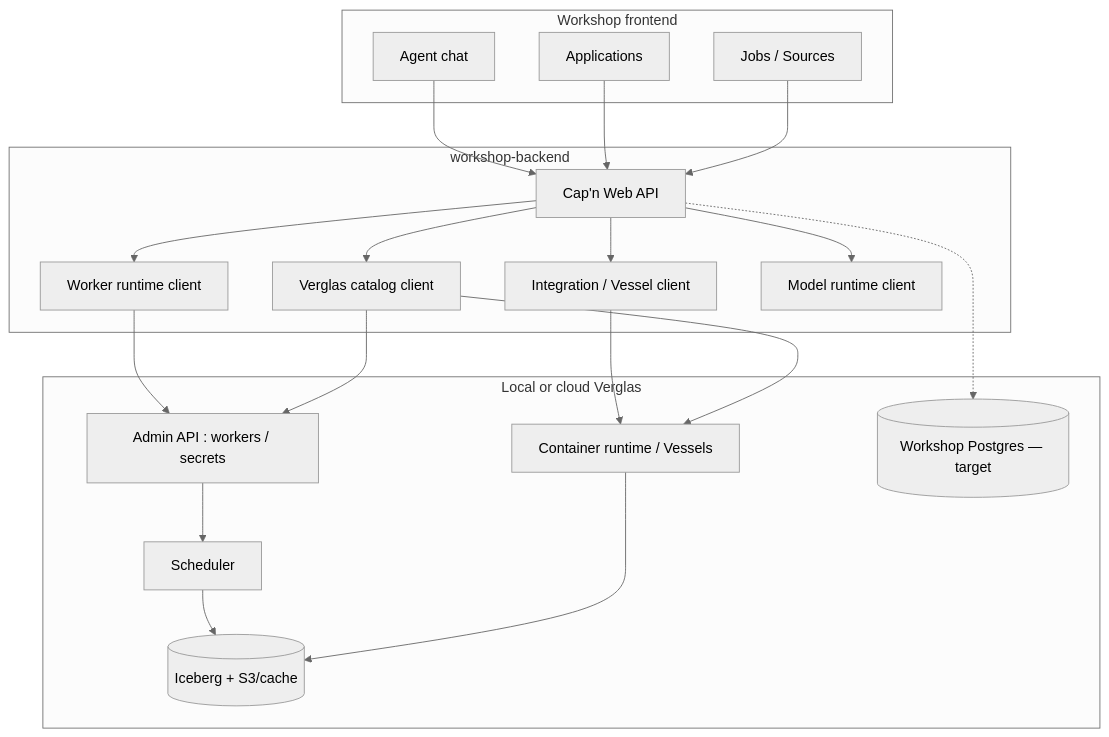
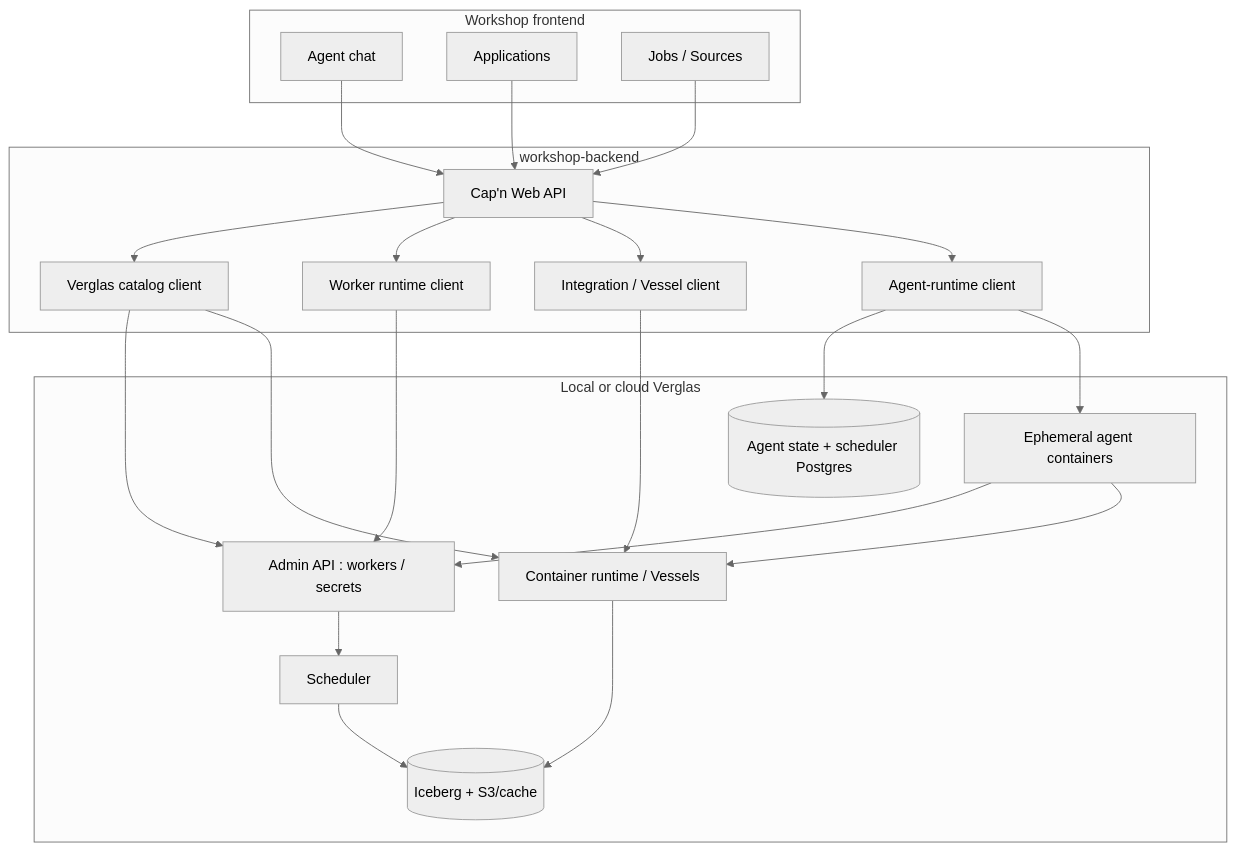
The diagram in apps/os/docs/architecture.md (verglas-org/verglas), drawn with Mermaid (neutral theme) before and after one commit. The commit also changed other lines of this file and 36 other files, not shown here.

````diff
--- a/apps/os/docs/architecture.md
+++ b/apps/os/docs/architecture.md
@@ -55,40 +56,44 @@
 ```mermaid
 flowchart TB
     subgraph UI["Workshop frontend"]
         Chat[Agent chat]
         Apps[Applications]
         Jobs[Jobs / Sources]
     end
 
     subgraph Gateway["workshop-backend"]
         RPC[Cap'n Web API]
         Catalog[Verglas catalog client]
         WorkerReg[Worker runtime client]
         Vessel[Integration / Vessel client]
-        Model[Model runtime client]
+        Agent[Agent-runtime client]
     end
 
     subgraph Verglas["Local or cloud Verglas"]
         Admin[Admin API : workers / secrets]
         Sched[Scheduler]
         Cont[Container runtime / Vessels]
         Lake[(Iceberg + S3/cache)]
-        PG[(Workshop Postgres — target)]
+        PG[(Agent state + scheduler Postgres)]
+        AgentRuns[Ephemeral agent containers]
     end
 
     Chat --> RPC
     Apps --> RPC
     Jobs --> RPC
     RPC --> Catalog
     RPC --> WorkerReg
     RPC --> Vessel
-    RPC --> Model
+    RPC --> Agent
     WorkerReg --> Admin
     Admin --> Sched
     Sched --> Lake
     Vessel --> Cont
     Cont --> Lake
     Catalog --> Admin
     Catalog --> Cont
-    RPC -.-> PG
+    Agent --> PG
+    Agent --> AgentRuns
+    AgentRuns --> Admin
+    AgentRuns --> Cont
 ```
````
